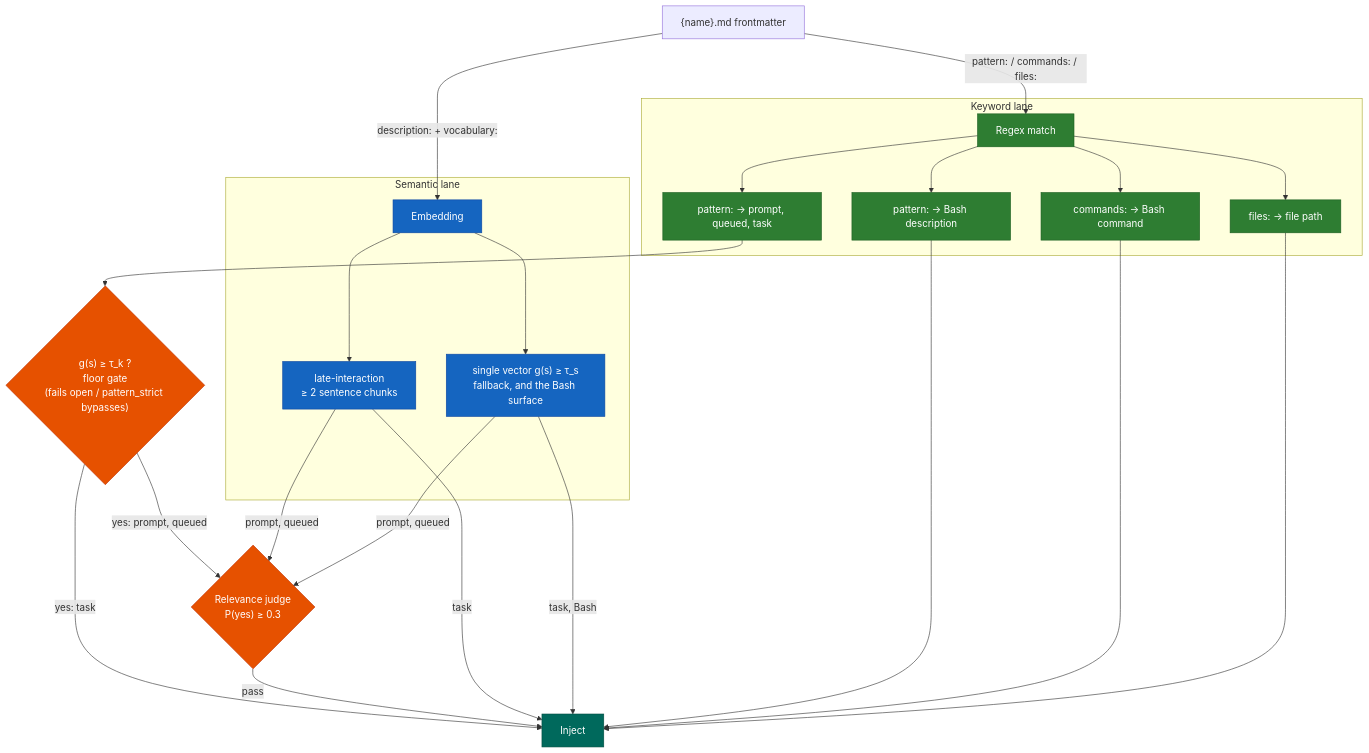
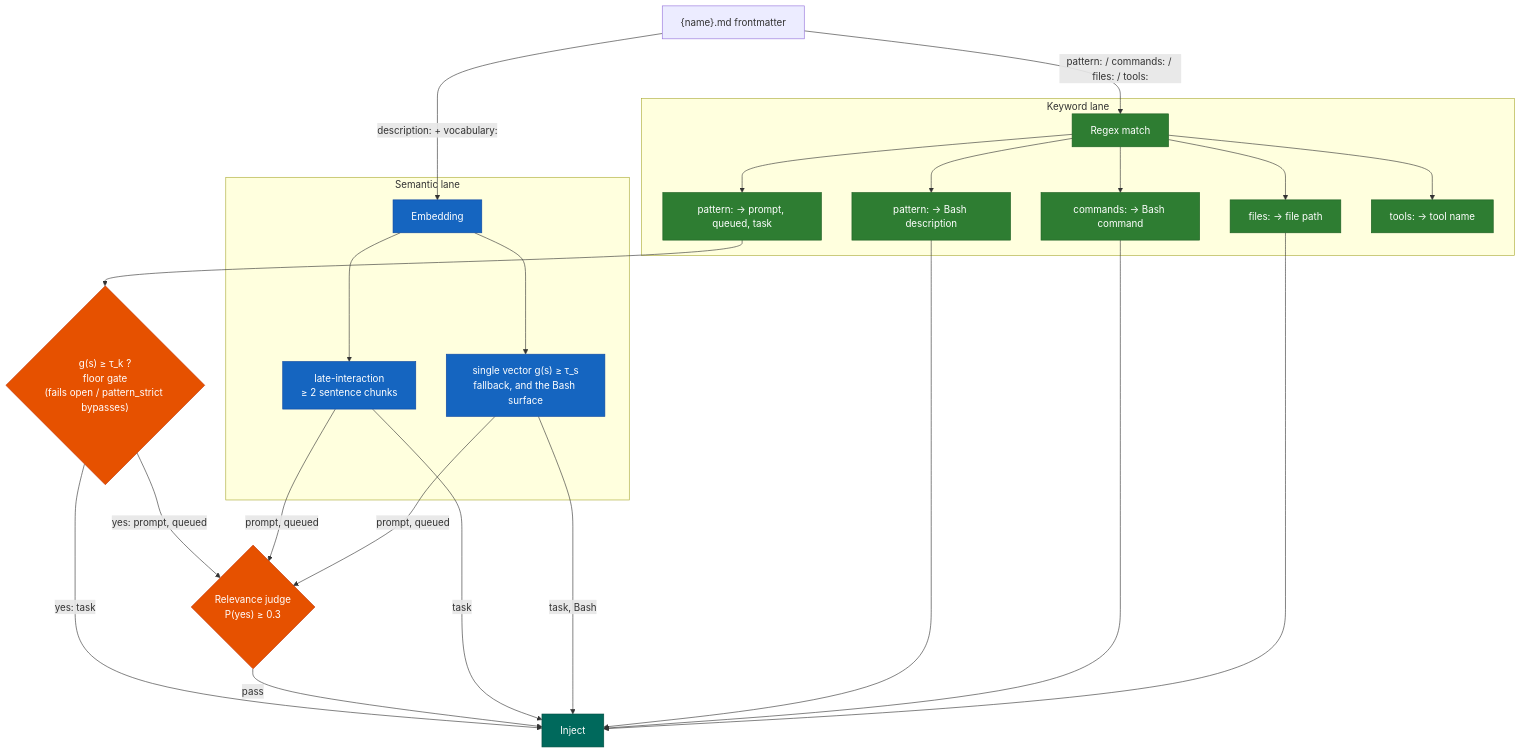
The second of 3 diagrams in docs/hooks-and-ways.md (aaronsb/agent-ways), drawn with Mermaid before and after one commit. The commit also changed other lines of this file and 31 other files, not shown here.

````diff
--- a/docs/hooks-and-ways.md
+++ b/docs/hooks-and-ways.md
@@ -172,38 +175,39 @@
 ```mermaid
 flowchart TD
     classDef regex fill:#2E7D32,stroke:#1B5E20,color:#fff
     classDef semantic fill:#1565C0,stroke:#0D47A1,color:#fff
     classDef decision fill:#E65100,stroke:#BF360C,color:#fff
     classDef result fill:#00695C,stroke:#004D40,color:#fff
 
     W["{name}.md frontmatter"]
-    W -->|"pattern: / commands: / files:"| R
+    W -->|"pattern: / commands: / files: / tools:"| R
     W -->|"description: + vocabulary:"| S
 
     subgraph RX ["Keyword lane"]
         R[Regex match]:::regex
         R --> RP["pattern: → prompt, queued, task"]:::regex
         R --> RD["pattern: → Bash description"]:::regex
         R --> RC["commands: → Bash command"]:::regex
         R --> RF["files: → file path"]:::regex
+        R --> RT["tools: → tool name"]:::regex
     end
 
     subgraph SM ["Semantic lane"]
         S[Embedding]:::semantic
         S --> LI["late-interaction<br/>≥ 2 sentence chunks"]:::semantic
         S --> SV["single vector g(s) ≥ τ_s<br/>fallback, and the Bash surface"]:::semantic
     end
 
     RP --> GATE{"g(s) ≥ τ_k ?<br/>floor gate<br/>(fails open / pattern_strict bypasses)"}:::decision
     GATE -->|"yes: prompt, queued"| J
     GATE -->|"yes: task"| FIRE
     LI -->|"prompt, queued"| J
     SV -->|"prompt, queued"| J
     J{"Relevance judge<br/>P(yes) ≥ 0.3"}:::decision
     J -->|pass| FIRE[Inject]:::result
     LI -->|task| FIRE
     SV -->|"task, Bash"| FIRE
     RD --> FIRE
     RC --> FIRE
     RF --> FIRE
 ```
````
